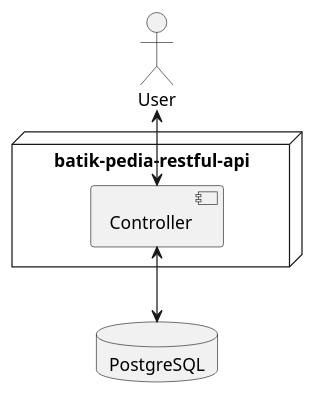
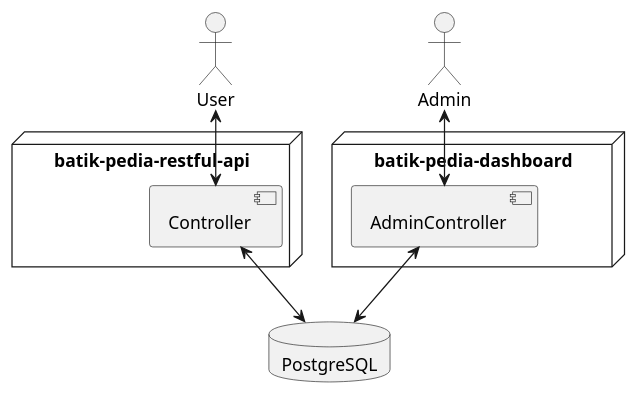
Before and after one commit to Lamz16/batikpedia-laravel: the diagram in system-design.puml, drawn with PlantUML.

Commit message:
update flow puml

```diff
--- a/system-design.puml
+++ b/system-design.puml
@@ -1,14 +1,22 @@
 @startuml
 
+actor "User" as user
+actor "Admin" as admin
 
-actor "User" as user
 node "batik-pedia-restful-api" {
  component "Controller" as controller
- }
+}
+
+node "batik-pedia-dashboard"{
+    component "AdminController" as admin_controller
+}
 
 database "PostgreSQL" as database
 
 user <--> controller
 controller <--> database
 
+admin <--> admin_controller
+admin_controller <--> database
+
 @enduml
```
